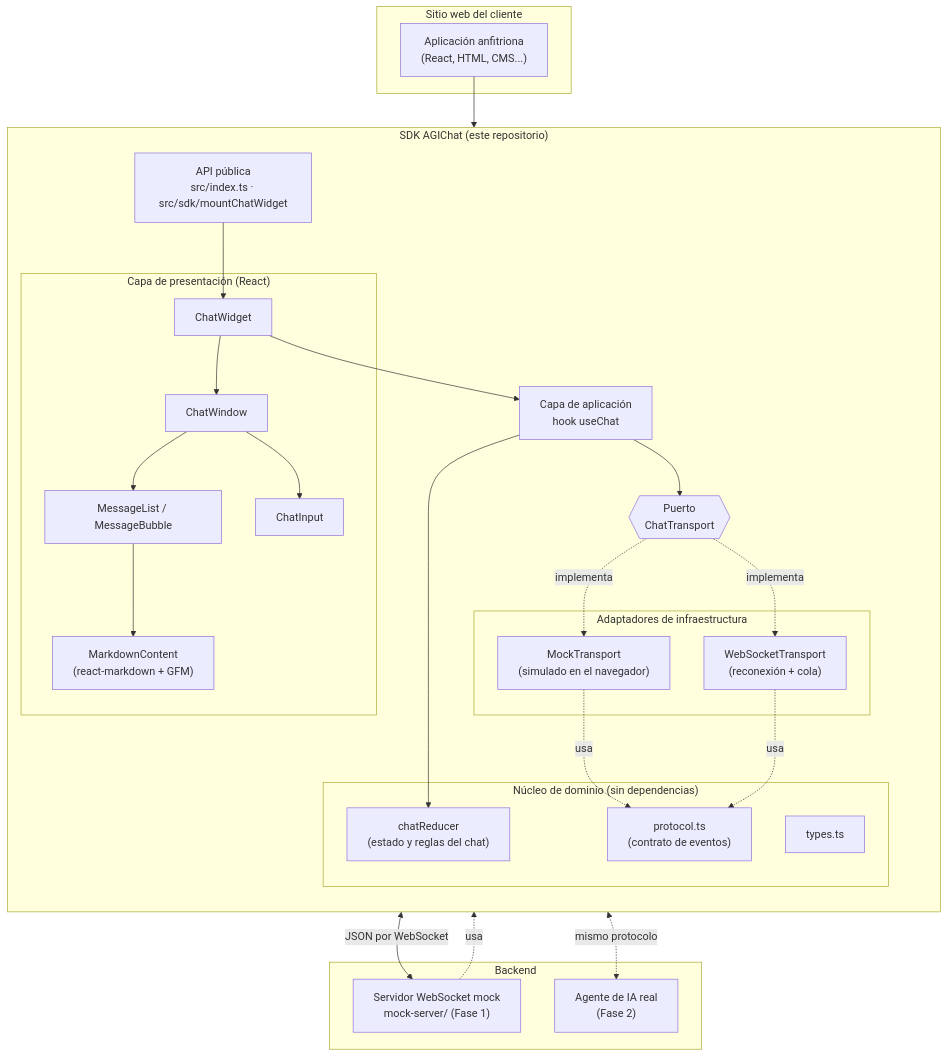
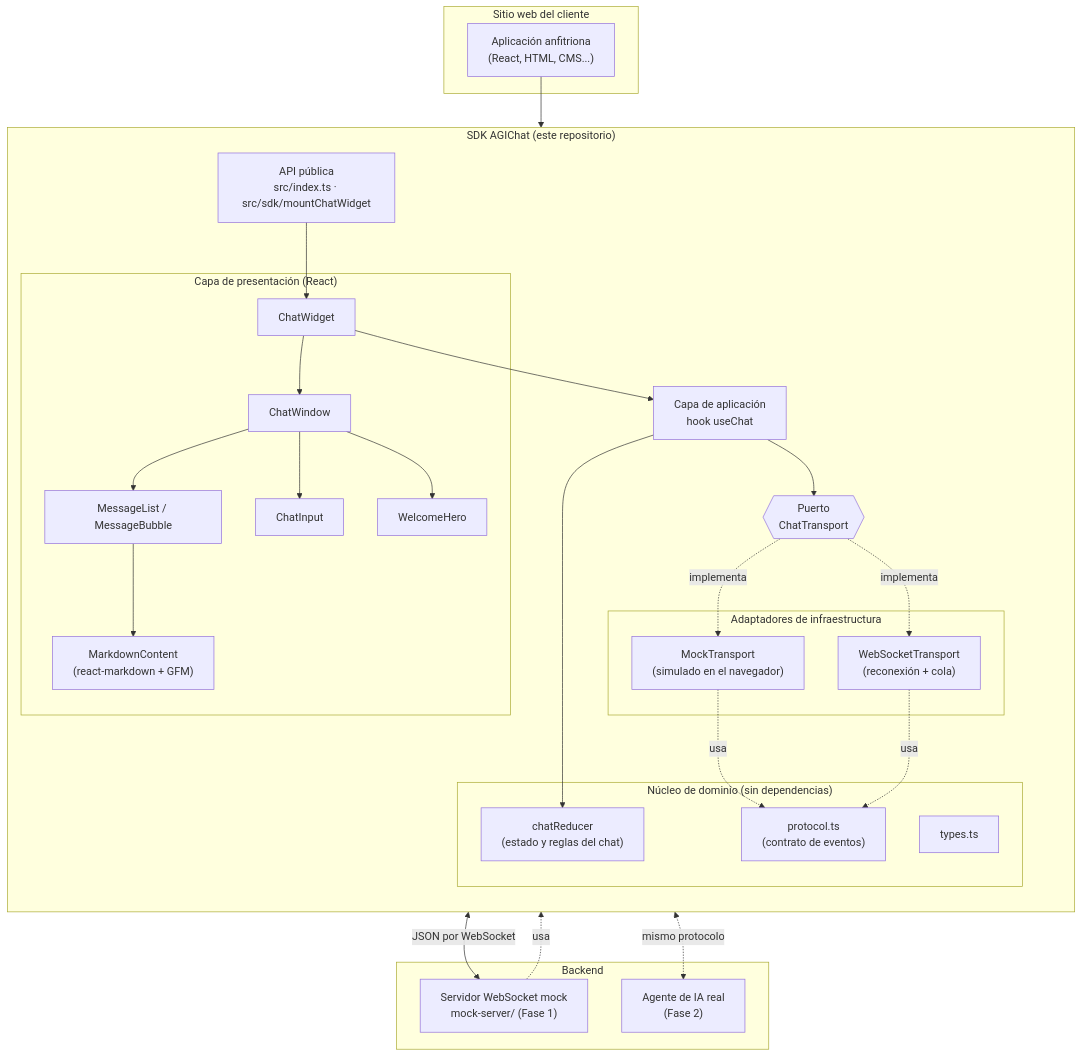
The first of 3 diagrams in docs/ARQUITECTURA.md (JuanGualim/Proyecto1_IA_selectivo), drawn with Mermaid before and after one commit. The commit also changed other lines of this file and 1 other file, not shown here.

Commit message:
docs: documenta la correspondencia con el wireframe
Agrega el enlace al wireframe de Penpot, la tabla de correspondencia y las nuevas props del widget.

````diff
--- a/docs/ARQUITECTURA.md
+++ b/docs/ARQUITECTURA.md
@@ -20,54 +20,56 @@
 ```mermaid
 flowchart TB
     subgraph Cliente["Sitio web del cliente"]
         HOST["Aplicación anfitriona<br/>(React, HTML, CMS...)"]
     end
 
     subgraph SDK["SDK AGIChat (este repositorio)"]
         direction TB
         API["API pública<br/>src/index.ts · src/sdk/mountChatWidget"]
 
         subgraph UI["Capa de presentación (React)"]
             WIDGET["ChatWidget"]
             WINDOW["ChatWindow"]
+            HERO["WelcomeHero"]
             LIST["MessageList / MessageBubble"]
             MD["MarkdownContent<br/>(react-markdown + GFM)"]
             INPUT["ChatInput"]
         end
 
         HOOK["Capa de aplicación<br/>hook useChat"]
 
         subgraph CORE["Núcleo de dominio (sin dependencias)"]
             REDUCER["chatReducer<br/>(estado y reglas del chat)"]
             PROTOCOL["protocol.ts<br/>(contrato de eventos)"]
             TYPES["types.ts"]
         end
 
         PORT{{"Puerto<br/>ChatTransport"}}
 
         subgraph ADAPTERS["Adaptadores de infraestructura"]
             MOCK["MockTransport<br/>(simulado en el navegador)"]
             WS["WebSocketTransport<br/>(reconexión + cola)"]
         end
     end
 
     subgraph Backend["Backend"]
         MOCKSRV["Servidor WebSocket mock<br/>mock-server/ (Fase 1)"]
         AGENT["Agente de IA real<br/>(Fase 2)"]
     end
 
     HOST --> API
     API --> WIDGET
     WIDGET --> WINDOW --> LIST --> MD
     WINDOW --> INPUT
+    WINDOW --> HERO
     WIDGET --> HOOK
     HOOK --> REDUCER
     HOOK --> PORT
     PORT -.implementa.-> MOCK
     PORT -.implementa.-> WS
     MOCK -.usa.-> PROTOCOL
     WS -.usa.-> PROTOCOL
     WS <-- "JSON por WebSocket" --> MOCKSRV
     WS <-. "mismo protocolo" .-> AGENT
     MOCKSRV -.usa.-> PROTOCOL
 ```
````
